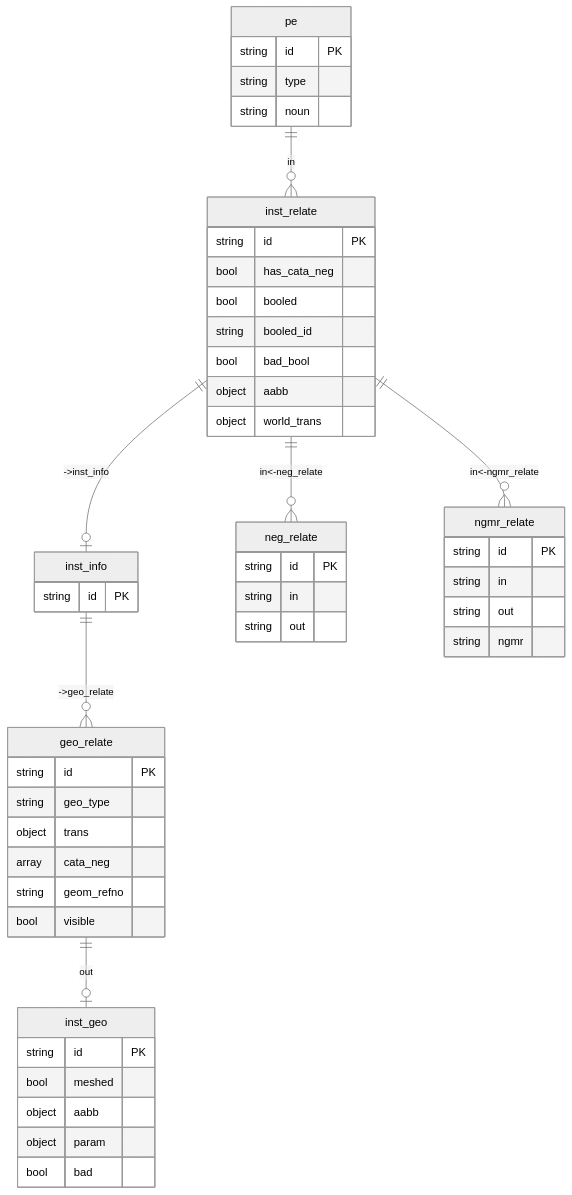
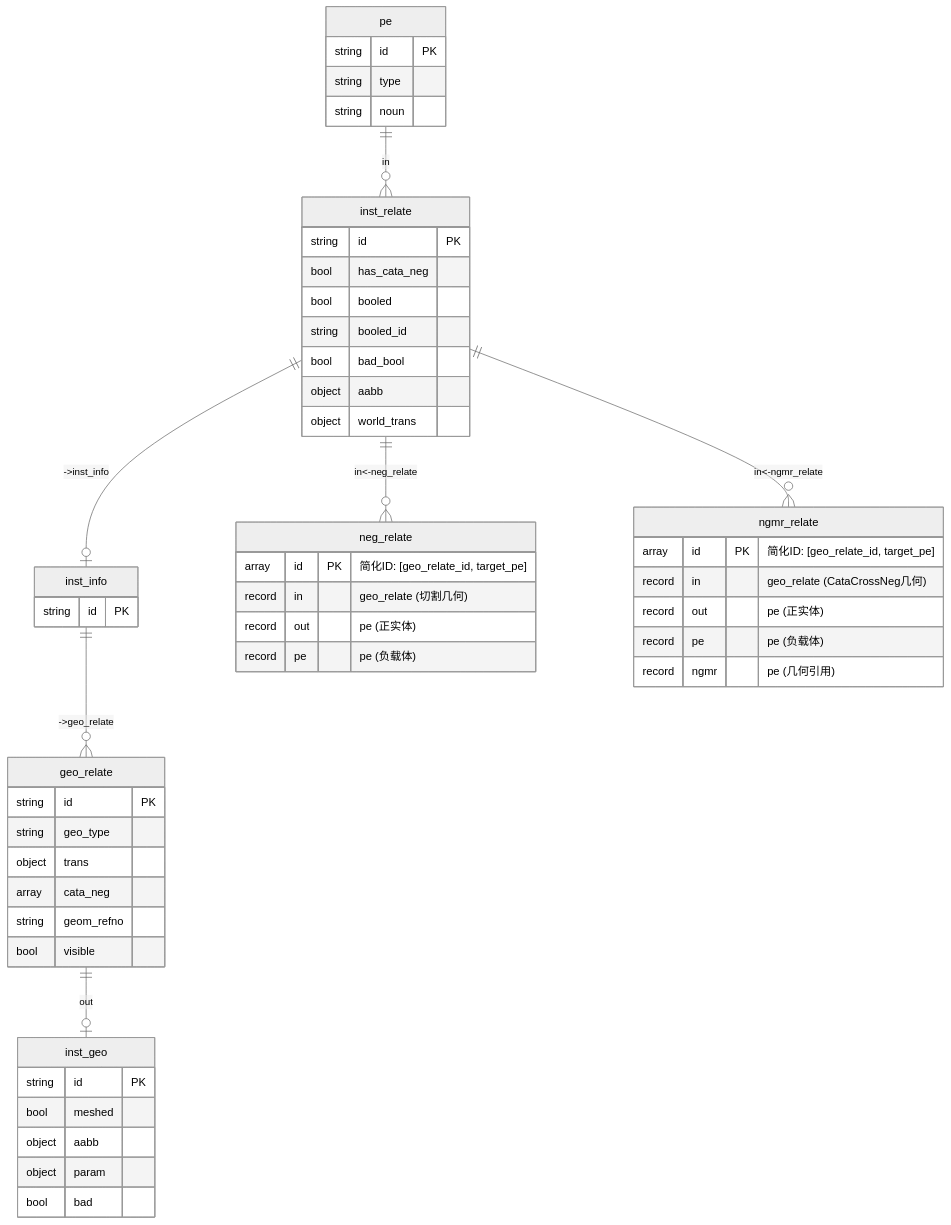
One commit to happyrust/gen-model changed the diagram in 开发文档/布尔运算/02_数据模型.md. Above: the diagram before and after it, drawn with Mermaid (neutral theme). The commit also changed other lines of this file and 5 other files, not shown here.

````diff
--- a/开发文档/布尔运算/02_数据模型.md
+++ b/开发文档/布尔运算/02_数据模型.md
@@ -85,60 +86,62 @@
 ```mermaid
 erDiagram
     pe ||--o{ inst_relate : "in"
     inst_relate ||--o| inst_info : "->inst_info"
     inst_info ||--o{ geo_relate : "->geo_relate"
     geo_relate ||--o| inst_geo : "out"
     
     inst_relate ||--o{ neg_relate : "in<-neg_relate"
     inst_relate ||--o{ ngmr_relate : "in<-ngmr_relate"
     
     pe {
         string id PK
         string type
         string noun
     }
     
     inst_relate {
         string id PK
         bool has_cata_neg
         bool booled
         string booled_id
         bool bad_bool
         object aabb
         object world_trans
     }
     
     inst_info {
         string id PK
     }
     
     geo_relate {
         string id PK
         string geo_type
         object trans
         array cata_neg
         string geom_refno
         bool visible
     }
     
     inst_geo {
         string id PK
         bool meshed
         object aabb
         object param
         bool bad
     }
     
     neg_relate {
-        string id PK
-        string in
-        string out
+        array id PK "简化ID: [geo_relate_id, target_pe]"
+        record in "geo_relate (切割几何)"
+        record out "pe (正实体)"
+        record pe "pe (负载体)"
     }
     
     ngmr_relate {
-        string id PK
-        string in
-        string out
-        string ngmr
+        array id PK "简化ID: [geo_relate_id, target_pe]"
+        record in "geo_relate (CataCrossNeg几何)"
+        record out "pe (正实体)"
+        record pe "pe (负载体)"
+        record ngmr "pe (几何引用)"
     }
 ```
````
